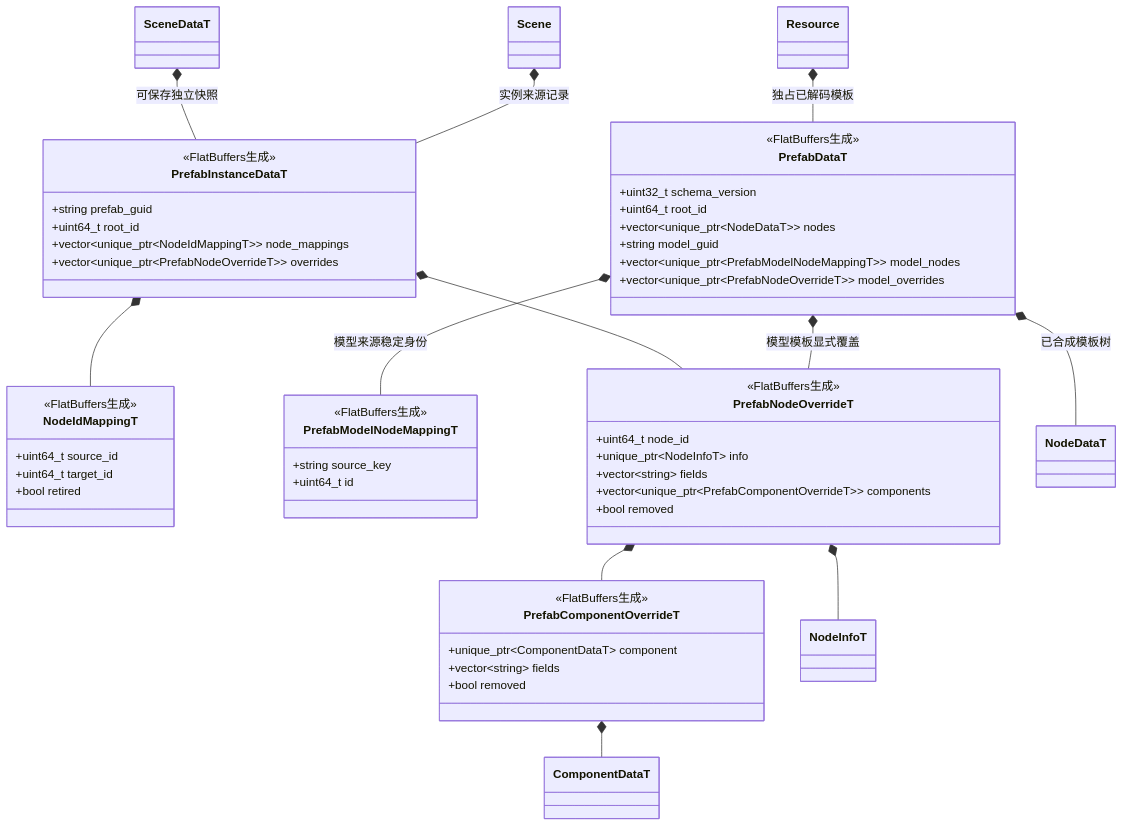
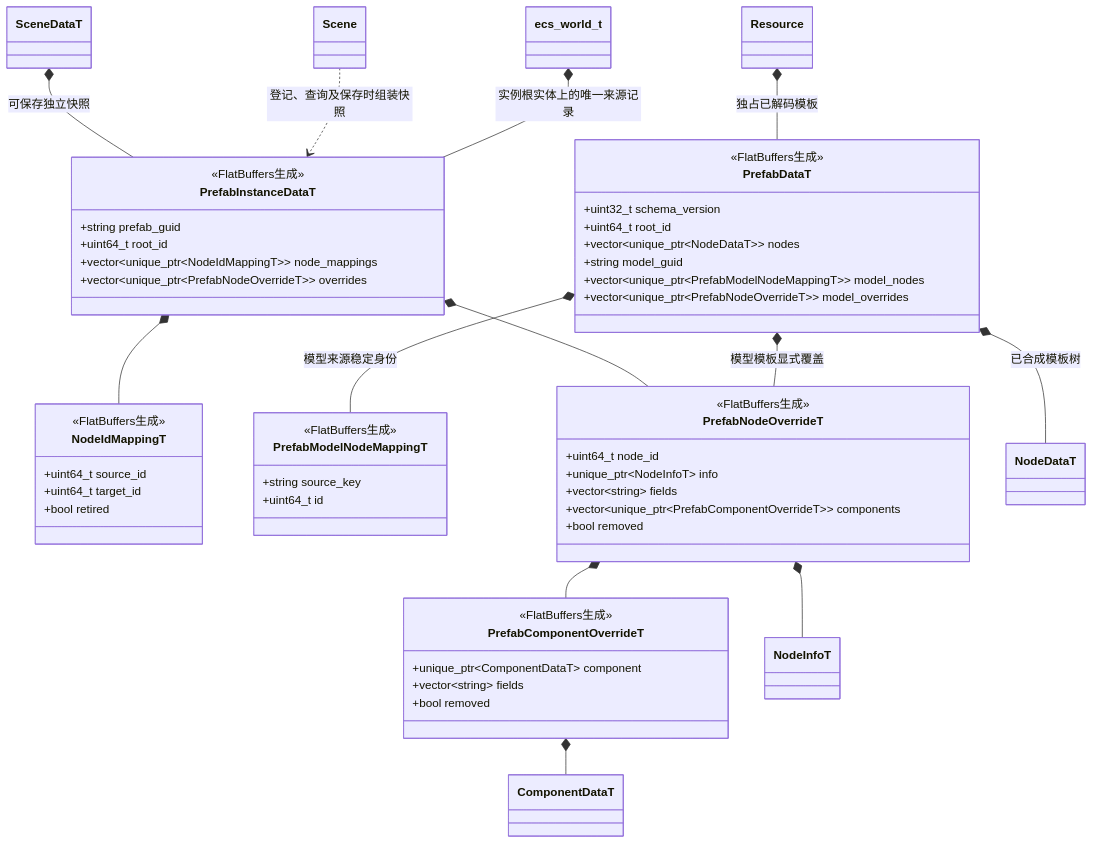
One commit to lcals/Engine changed the diagram in docs/runtime/class-diagrams/prefab.md. Above: the diagram before and after it, drawn with Mermaid. The commit also changed 222 other files, not shown here.

Commit message:
Consolidate editor asset imports and align architecture documentation

````diff
--- a/docs/runtime/class-diagrams/prefab.md
+++ b/docs/runtime/class-diagrams/prefab.md
@@ -7,61 +7,63 @@
 ```mermaid
 classDiagram
     class PrefabDataT {
         <<FlatBuffers生成>>
         +uint32_t schema_version
         +uint64_t root_id
         +vector~unique_ptr~NodeDataT~~ nodes
         +string model_guid
         +vector~unique_ptr~PrefabModelNodeMappingT~~ model_nodes
         +vector~unique_ptr~PrefabNodeOverrideT~~ model_overrides
     }
     class PrefabInstanceDataT {
         <<FlatBuffers生成>>
         +string prefab_guid
         +uint64_t root_id
         +vector~unique_ptr~NodeIdMappingT~~ node_mappings
         +vector~unique_ptr~PrefabNodeOverrideT~~ overrides
     }
     class NodeIdMappingT {
         <<FlatBuffers生成>>
         +uint64_t source_id
         +uint64_t target_id
         +bool retired
     }
     class PrefabModelNodeMappingT {
         <<FlatBuffers生成>>
         +string source_key
         +uint64_t id
     }
     class PrefabNodeOverrideT {
         <<FlatBuffers生成>>
         +uint64_t node_id
         +unique_ptr~NodeInfoT~ info
         +vector~string~ fields
         +vector~unique_ptr~PrefabComponentOverrideT~~ components
         +bool removed
     }
     class PrefabComponentOverrideT {
         <<FlatBuffers生成>>
         +unique_ptr~ComponentDataT~ component
         +vector~string~ fields
         +bool removed
     }
     class Scene
+    class ecs_world_t
     class SceneDataT
     class Resource
     class NodeDataT
     class NodeInfoT
     class ComponentDataT
     Resource *-- PrefabDataT : 独占已解码模板
     PrefabDataT *-- NodeDataT : 已合成模板树
     PrefabDataT *-- PrefabModelNodeMappingT : 模型来源稳定身份
     PrefabDataT *-- PrefabNodeOverrideT : 模型模板显式覆盖
-    Scene *-- PrefabInstanceDataT : 实例来源记录
+    ecs_world_t *-- PrefabInstanceDataT : 实例根实体上的唯一来源记录
+    Scene ..> PrefabInstanceDataT : 登记、查询及保存时组装快照
     SceneDataT *-- PrefabInstanceDataT : 可保存独立快照
     PrefabInstanceDataT *-- NodeIdMappingT
     PrefabInstanceDataT *-- PrefabNodeOverrideT
     PrefabNodeOverrideT *-- NodeInfoT
     PrefabNodeOverrideT *-- PrefabComponentOverrideT
     PrefabComponentOverrideT *-- ComponentDataT
 ```
````
